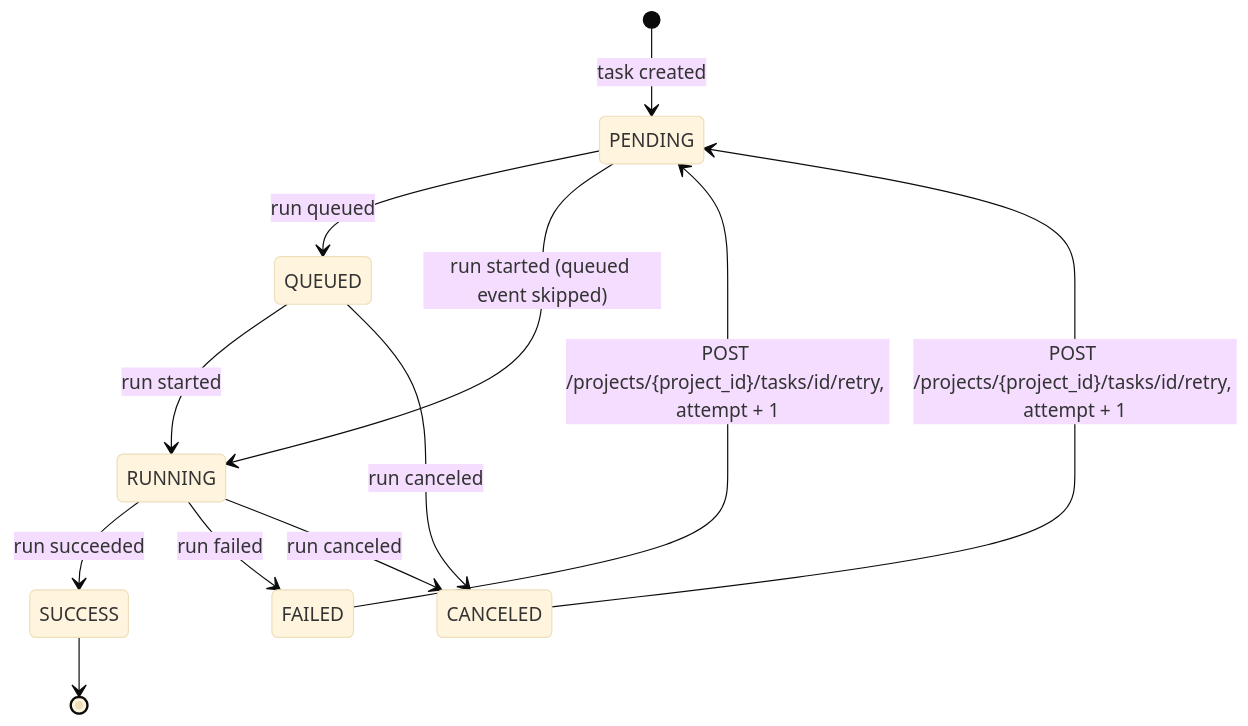
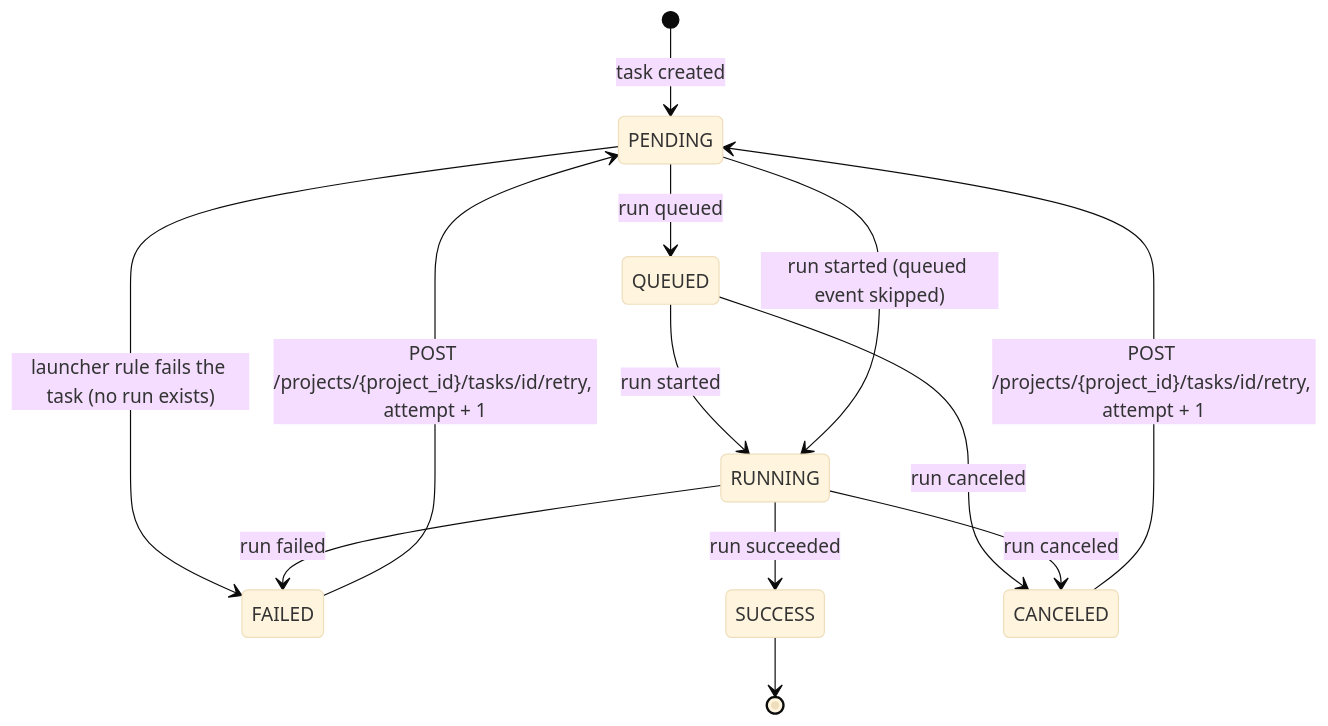
The fourth of 5 diagrams in docs/architecture/entities.md (Aridhia-Open-Source/PHEMS_federated_node), drawn with Mermaid (base theme) before and after one commit. The commit also changed other lines of this file and 17 other files, not shown here.

````diff
--- a/docs/architecture/entities.md
+++ b/docs/architecture/entities.md
@@ -263,14 +263,15 @@
 ```mermaid
 stateDiagram-v2
     [*] --> PENDING : task created
     PENDING --> QUEUED : run queued
     QUEUED --> RUNNING : run started
     PENDING --> RUNNING : run started (queued event skipped)
+    PENDING --> FAILED : launcher rule fails the task (no run exists)
     RUNNING --> SUCCESS : run succeeded
     RUNNING --> FAILED : run failed
     QUEUED --> CANCELED : run canceled
     RUNNING --> CANCELED : run canceled
     FAILED --> PENDING : POST /projects/{project_id}/tasks/id/retry, attempt + 1
     CANCELED --> PENDING : POST /projects/{project_id}/tasks/id/retry, attempt + 1
     SUCCESS --> [*]
 ```
````
